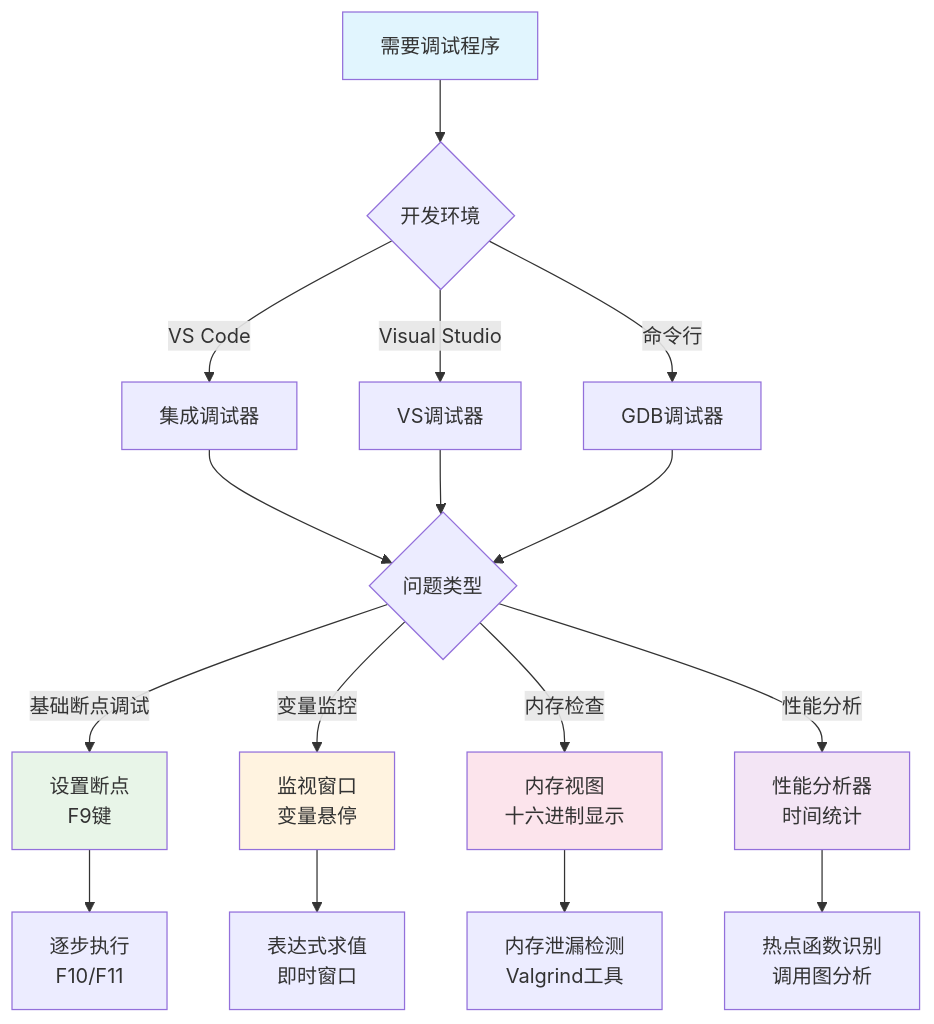
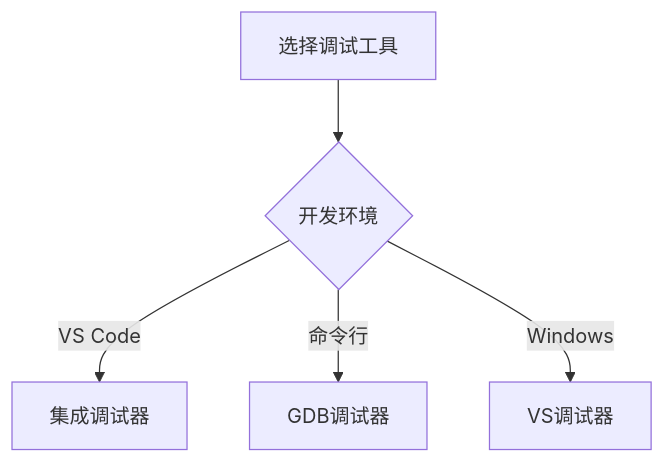
Before and after one commit to hulu798/C-Notes: the ninth of 15 diagrams in README.md, drawn with Mermaid. The commit also changed other lines of this file, not shown here.

````diff
--- a/README.md
+++ b/README.md
@@ -473,28 +338,7 @@
 ```mermaid
 graph TD
-    A[需要调试程序] --> B{开发环境}
-    
+    A[选择调试工具] --> B{开发环境}
     B -->|VS Code| C[集成调试器]
-    B -->|Visual Studio| D[VS调试器]
-    B -->|命令行| E[GDB调试器]
-    
-    C --> F{问题类型}
-    D --> F
-    E --> F
-    
-    F -->|基础断点调试| G[设置断点<br/>F9键]
-    F -->|变量监控| H[监视窗口<br/>变量悬停]
-    F -->|内存检查| I[内存视图<br/>十六进制显示]
-    F -->|性能分析| J[性能分析器<br/>时间统计]
-    
-    G --> K[逐步执行<br/>F10/F11]
-    H --> L[表达式求值<br/>即时窗口]
-    I --> M[内存泄漏检测<br/>Valgrind工具]
-    J --> N[热点函数识别<br/>调用图分析]
-    
-    style A fill:#e1f5fe
-    style G fill:#e8f5e8
-    style H fill:#fff3e0
-    style I fill:#fce4ec
-    style J fill:#f3e5f5
+    B -->|命令行| D[GDB调试器]
+    B -->|Windows| E[VS调试器]
 ```
````
